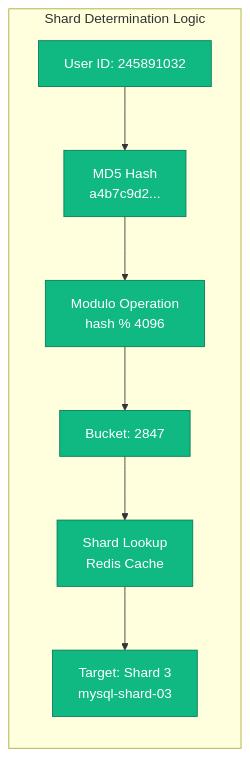
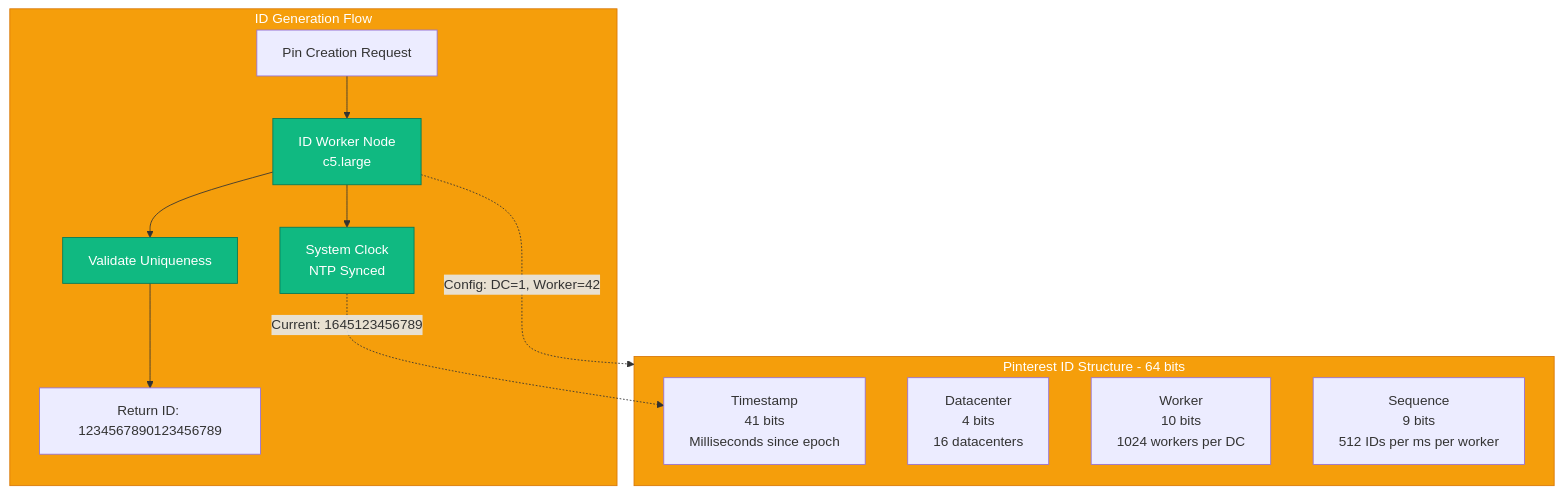
The second of 4 diagrams in site/docs/patterns/sharding-strategy-pinterest.md (deepaucksharma/DS), drawn with Mermaid before and after one commit. The commit also changed other lines of this file and 74 other files, not shown here.

````diff
--- a/site/docs/patterns/sharding-strategy-pinterest.md
+++ b/site/docs/patterns/sharding-strategy-pinterest.md
@@ -83,20 +70,32 @@
 ```mermaid
-graph LR
-    subgraph ShardLogic[Shard Determination Logic]
-        INPUT[User ID: 245891032]
-        HASH[MD5 Hash<br/>a4b7c9d2...]
-        MOD[Modulo Operation<br/>hash % 4096]
-        BUCKET[Bucket: 2847]
-        LOOKUP[Shard Lookup<br/>Redis Cache]
-        SHARD[Target: Shard 3<br/>mysql-shard-03]
+graph TB
+    subgraph IDStructure[Pinterest ID Structure - 64 bits]
+        TS[Timestamp<br/>41 bits<br/>Milliseconds since epoch]
+        DC[Datacenter<br/>4 bits<br/>16 datacenters]
+        WK[Worker<br/>10 bits<br/>1024 workers per DC]
+        SEQ[Sequence<br/>9 bits<br/>512 IDs per ms per worker]
     end
 
-    INPUT --> HASH
-    HASH --> MOD
-    MOD --> BUCKET
-    BUCKET --> LOOKUP
-    LOOKUP --> SHARD
+    subgraph Generation[ID Generation Flow]
+        REQ[Pin Creation Request]
+        WORKER[ID Worker Node<br/>c5.large]
+        CLOCK[System Clock<br/>NTP Synced]
+        VALIDATE[Validate Uniqueness]
+        RETURN[Return ID: 1234567890123456789]
+    end
 
-    classDef processStyle fill:#10B981,stroke:#047857,color:#fff
-    class INPUT,HASH,MOD,BUCKET,LOOKUP,SHARD processStyle
+    REQ --> WORKER
+    WORKER --> CLOCK
+    WORKER --> VALIDATE
+    VALIDATE --> RETURN
+
+    %% Configuration
+    WORKER -.-> |"Config: DC=1, Worker=42"| IDStructure
+    CLOCK -.-> |"Current: 1645123456789"| TS
+
+    classDef serviceStyle fill:#10B981,stroke:#047857,color:#fff
+    classDef stateStyle fill:#F59E0B,stroke:#D97706,color:#fff
+
+    class WORKER,CLOCK,VALIDATE serviceStyle
+    class IDStructure,Generation stateStyle
 ```
````
